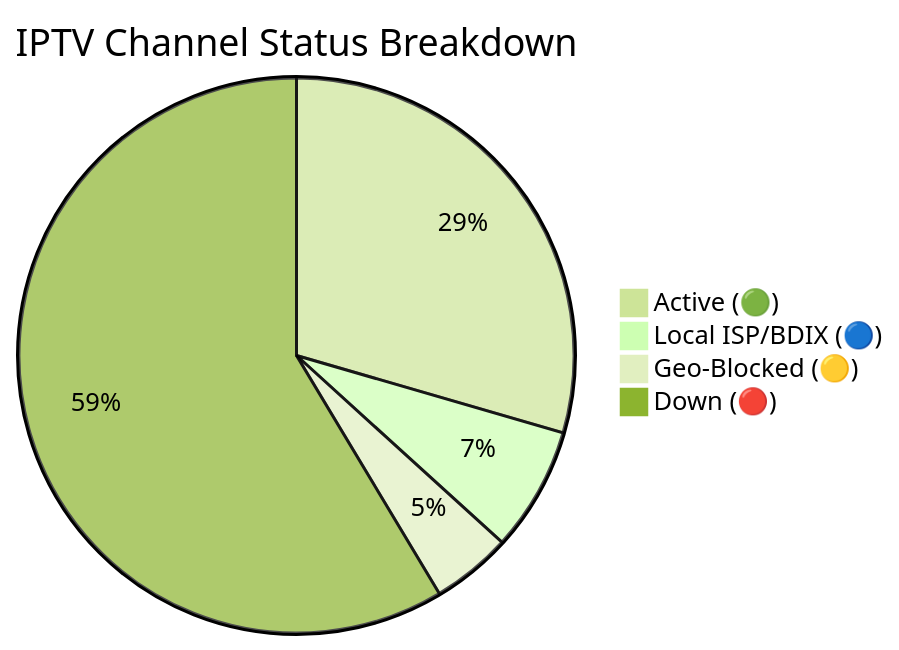
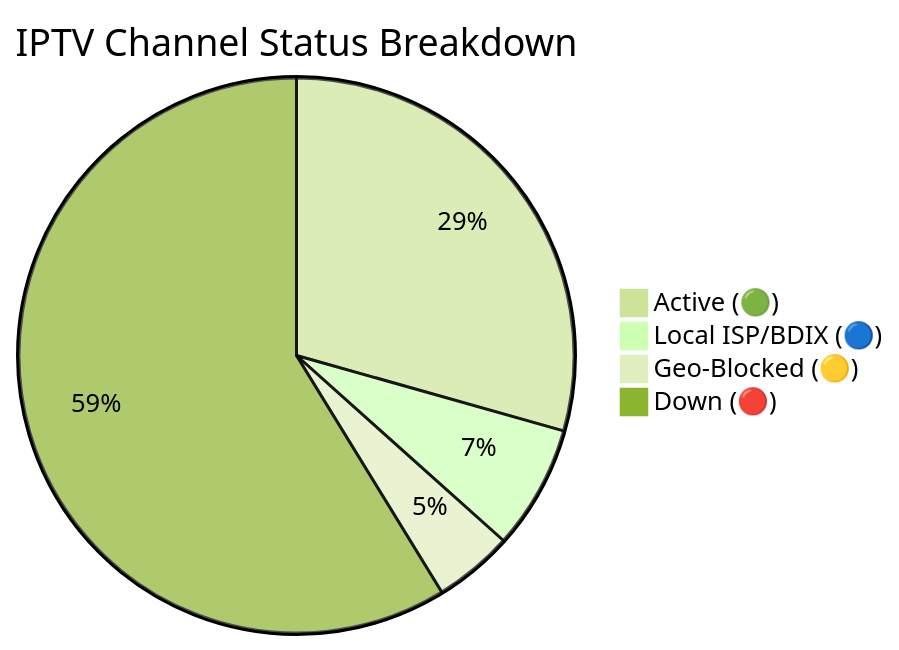
One commit to Zaman-Topu/Ip-tv-Collection changed the diagram in README.md. Above: the diagram before and after it, drawn with Mermaid (forest theme). The commit also changed other lines of this file and 6 other files, not shown here.

````diff
--- a/README.md
+++ b/README.md
@@ -149,7 +149,7 @@
 ```mermaid
 pie title IPTV Channel Status Breakdown
-    "Active (🟢)" : 11077
-    "Local ISP/BDIX (🔵)" : 2722
-    "Geo-Blocked (🟡)" : 1750
-    "Down (🔴)" : 22008
+    "Active (🟢)" : 11041
+    "Local ISP/BDIX (🔵)" : 2718
+    "Geo-Blocked (🟡)" : 1738
+    "Down (🔴)" : 22082
 ```
````
